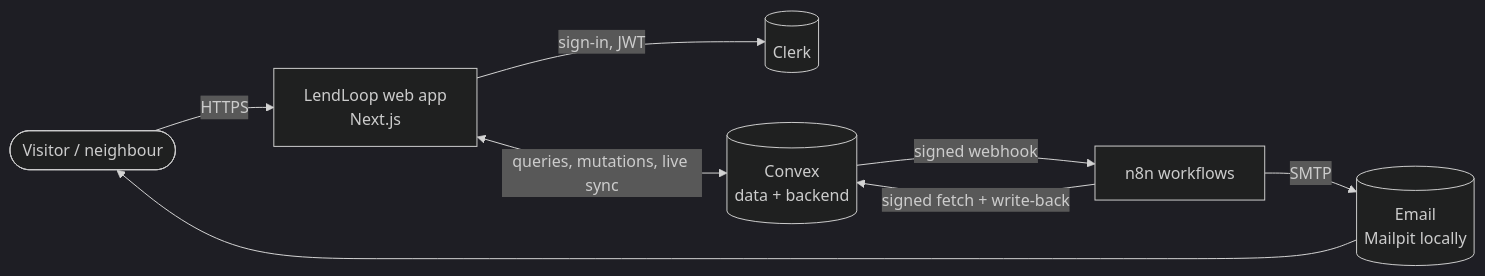
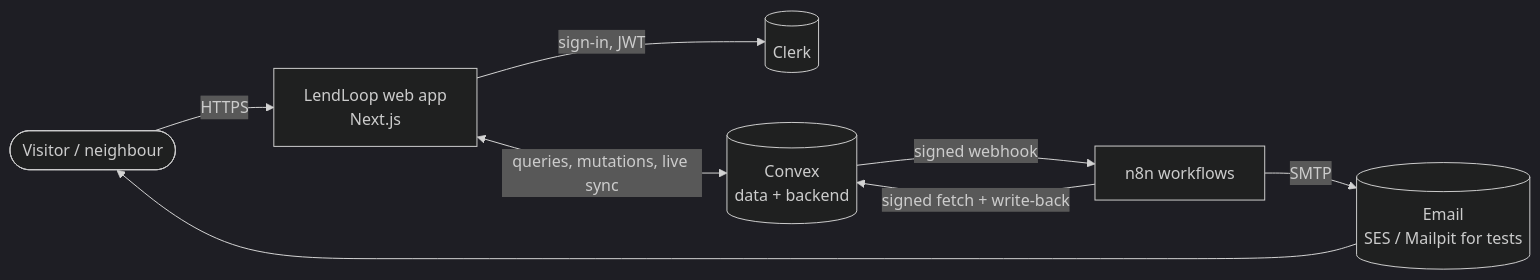
Before and after one commit to ayenisholah/fluencetraining: the first of 4 diagrams in docs/architecture/overview.md, drawn with Mermaid (dark theme). The commit also changed other lines of this file and 10 other files, not shown here.

````diff
--- a/docs/architecture/overview.md
+++ b/docs/architecture/overview.md
@@ -5,10 +5,10 @@
 ```mermaid
 flowchart LR
   visitor([Visitor / neighbour]) -->|HTTPS| app[LendLoop web app<br/>Next.js]
   app -->|sign-in, JWT| clerk[(Clerk)]
   app <-->|queries, mutations, live sync| convex[(Convex<br/>data + backend)]
   convex -->|signed webhook| n8n[n8n workflows]
   n8n -->|signed fetch + write-back| convex
-  n8n -->|SMTP| mail[(Email<br/>Mailpit locally)]
+  n8n -->|SMTP| mail[(Email<br/>SES / Mailpit for tests)]
   mail --> visitor
 ```
````
